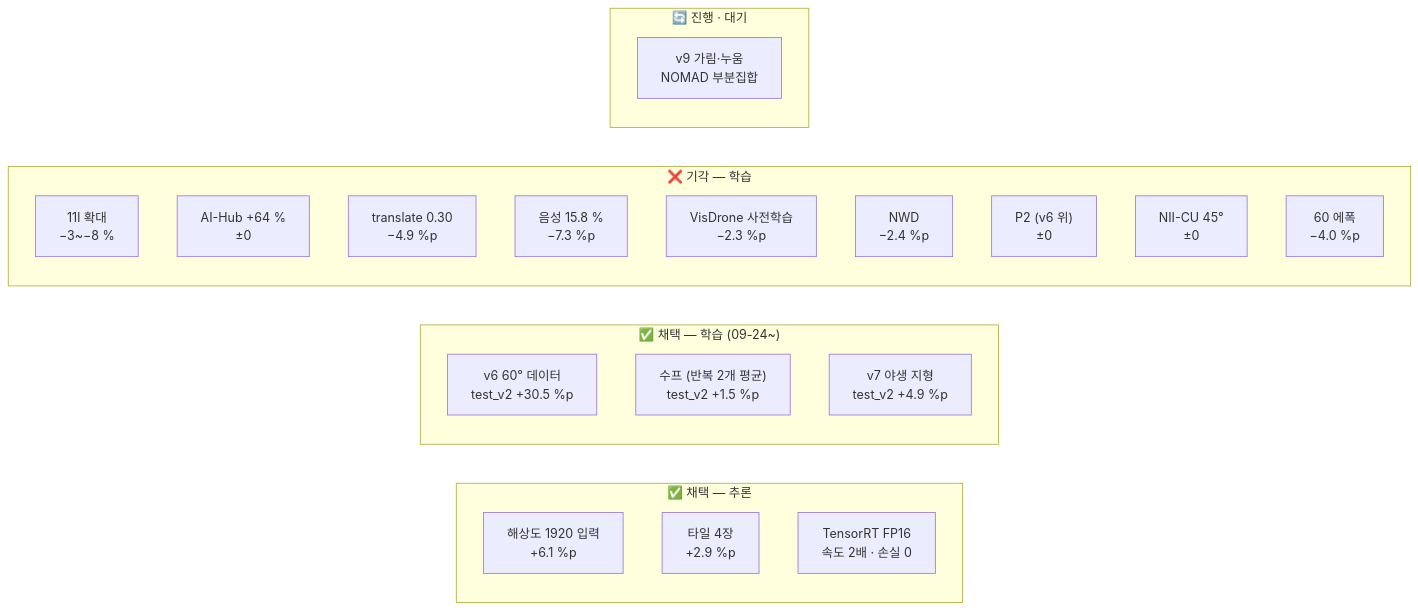
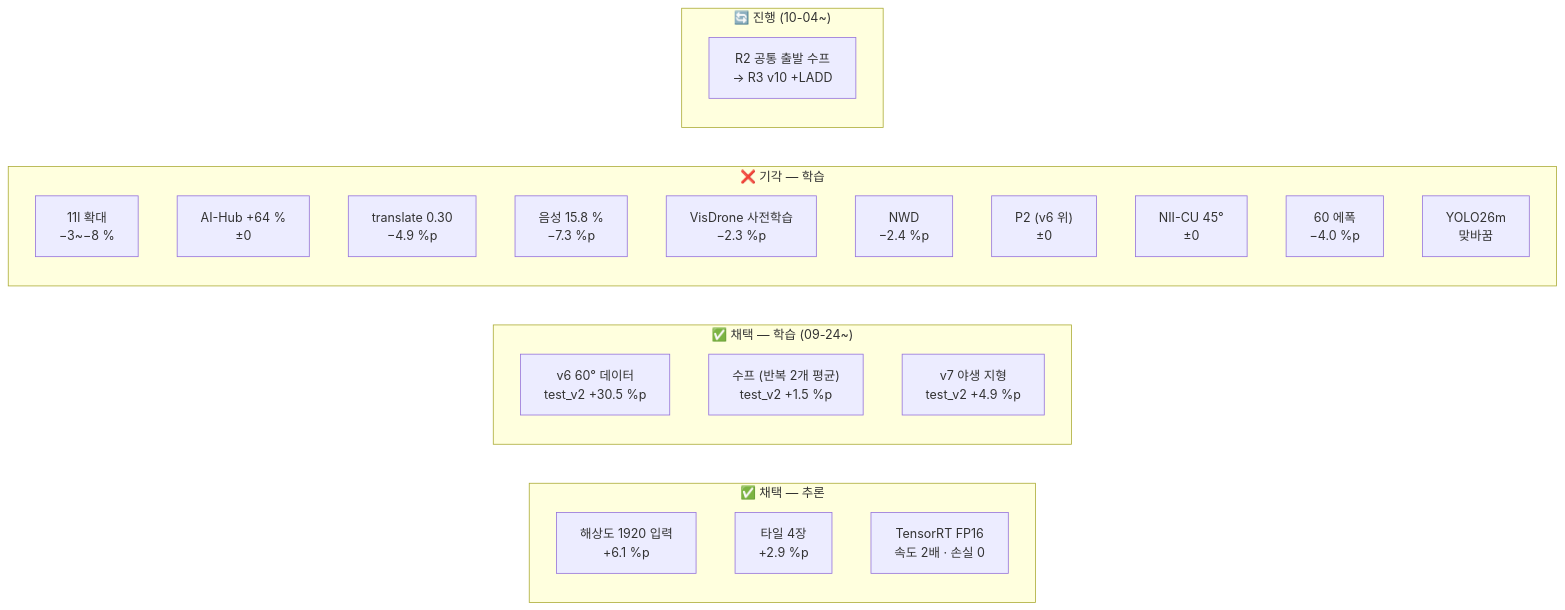
One commit to tim9985/Capstone changed the diagram in obsidian/04 실험/_실험 색인.md. Above: the diagram before and after it, drawn with Mermaid. The commit also changed other lines of this file and 9 other files, not shown here.

````diff
--- a/obsidian/04 실험/_실험 색인.md
+++ b/obsidian/04 실험/_실험 색인.md
@@ -12,27 +12,28 @@
 ```mermaid
 flowchart LR
     subgraph OK["✅ 채택 — 추론"]
         T1["해상도 1920 입력<br/>+6.1 %p"]
         T2["타일 4장<br/>+2.9 %p"]
         T3["TensorRT FP16<br/>속도 2배 · 손실 0"]
     end
     subgraph OK2["✅ 채택 — 학습 (09-24~)"]
         W1["v6 60° 데이터<br/>test_v2 +30.5 %p"]
         W2["수프 (반복 2개 평균)<br/>test_v2 +1.5 %p"]
         W3["v7 야생 지형<br/>test_v2 +4.9 %p"]
     end
     subgraph NG["❌ 기각 — 학습"]
         N1["11l 확대<br/>−3~−8 %"]
         N2["AI-Hub +64 %<br/>±0"]
         N3["translate 0.30<br/>−4.9 %p"]
         N4["음성 15.8 %<br/>−7.3 %p"]
         N5["VisDrone 사전학습<br/>−2.3 %p"]
         N6["NWD<br/>−2.4 %p"]
         N7["P2 (v6 위)<br/>±0"]
         N8["NII-CU 45°<br/>±0"]
         N9["60 에폭<br/>−4.0 %p"]
+        N10["YOLO26m<br/>맞바꿈"]
     end
-    subgraph RUN["🔄 진행 · 대기"]
-        R1["v9 가림·누움<br/>NOMAD 부분집합"]
+    subgraph RUN["🔄 진행 (10-04~)"]
+        R1["R2 공통 출발 수프<br/>→ R3 v10 +LADD"]
     end
 ```
````
